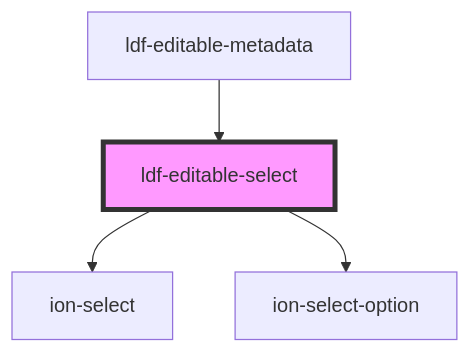
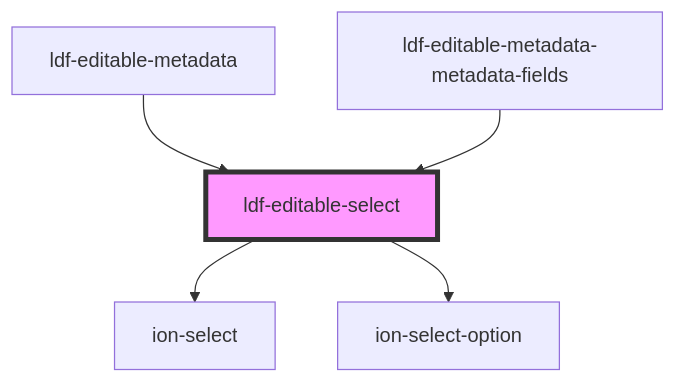
The diagram in components/src/components/editable-select/readme.md (gbj/venite), drawn with Mermaid before and after one commit. The commit also changed other lines of this file and 94 other files, not shown here.

````diff
--- a/components/src/components/editable-select/readme.md
+++ b/components/src/components/editable-select/readme.md
@@ -37,7 +38,8 @@
 ```mermaid
 graph TD;
   ldf-editable-select --> ion-select
   ldf-editable-select --> ion-select-option
   ldf-editable-metadata --> ldf-editable-select
+  ldf-editable-metadata-metadata-fields --> ldf-editable-select
   style ldf-editable-select fill:#f9f,stroke:#333,stroke-width:4px
 ```
````
